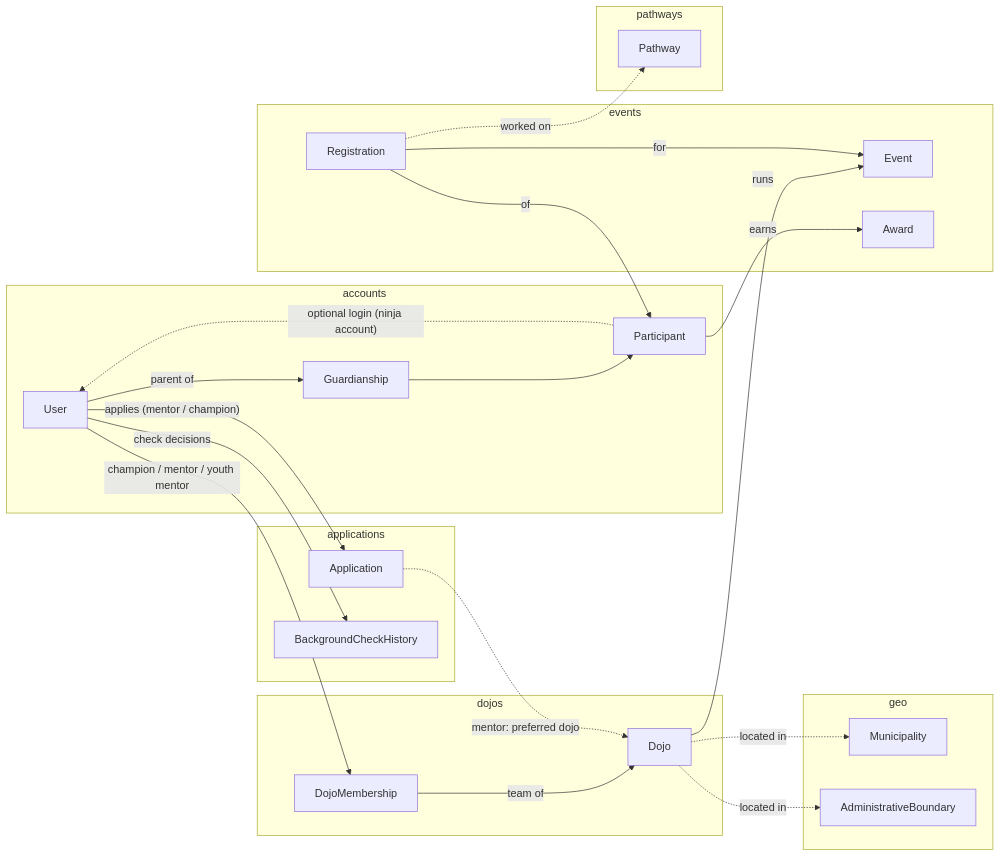
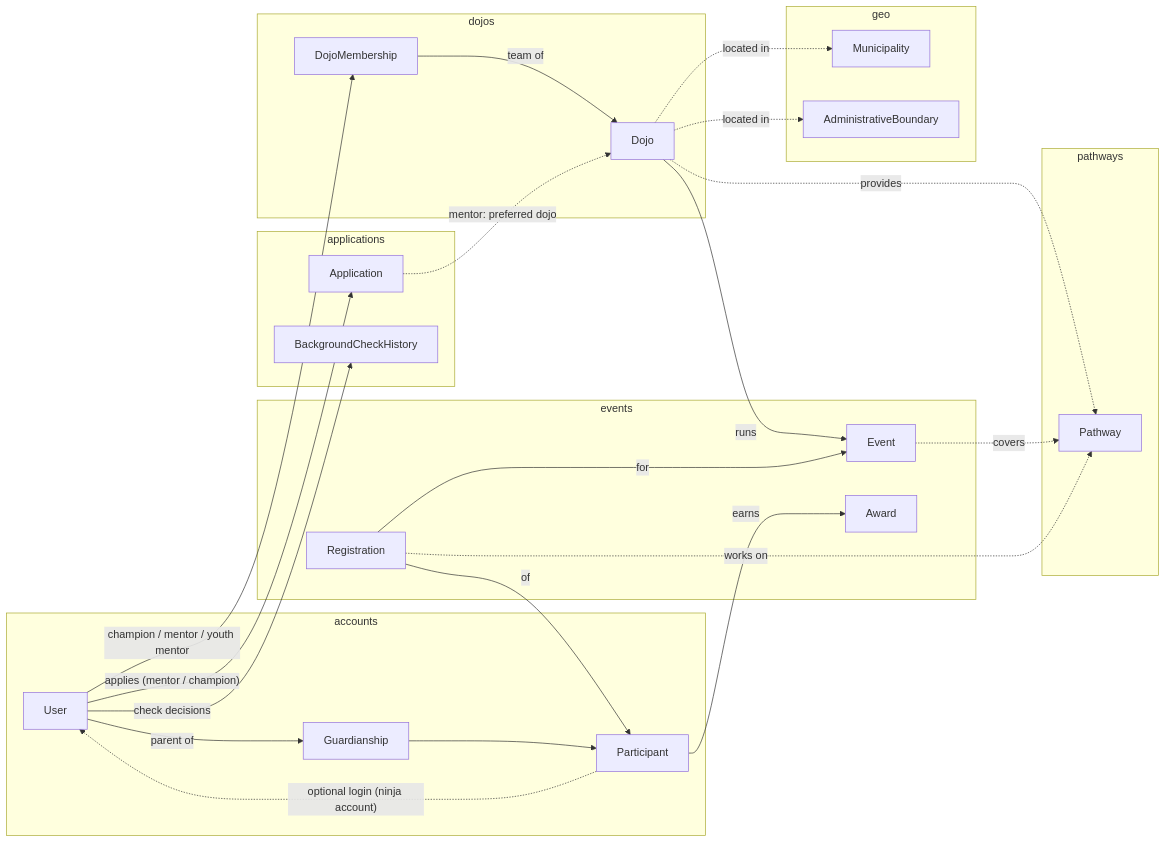
One commit to DoublG/coderdojo-event-registration changed the first of 20 diagrams in DATA_MODEL.md. Above: the diagram before and after it, drawn with Mermaid. The commit also changed other lines of this file and 23 other files, not shown here.

First line of the commit message:
Redesign phase 4: pathways at dojo, event and registration level

````diff
--- a/DATA_MODEL.md
+++ b/DATA_MODEL.md
@@ -41,43 +41,45 @@
 ```mermaid
 flowchart LR
     subgraph accounts
         User
         Guardianship
         Participant
     end
     subgraph dojos
         Dojo
         DojoMembership
     end
     subgraph events
         Event
         Registration
         Award
     end
     subgraph applications
         Application
         BackgroundCheckHistory
     end
     subgraph pathways
         Pathway
     end
     subgraph geo
         Municipality
         AdministrativeBoundary
     end
 
     User -- "champion / mentor / youth mentor" --> DojoMembership
     DojoMembership -- "team of" --> Dojo
     User -- "parent of" --> Guardianship
     Guardianship --> Participant
     Participant -. "optional login (ninja account)" .-> User
     Dojo -- runs --> Event
     Registration -- for --> Event
     Registration -- of --> Participant
-    Registration -. "worked on" .-> Pathway
+    Dojo -. "provides" .-> Pathway
+    Event -. "covers" .-> Pathway
+    Registration -. "works on" .-> Pathway
     Participant -- earns --> Award
     User -- "applies (mentor / champion)" --> Application
     User -- "check decisions" --> BackgroundCheckHistory
     Application -. "mentor: preferred dojo" .-> Dojo
     Dojo -. located in .-> Municipality & AdministrativeBoundary
 ```
````
